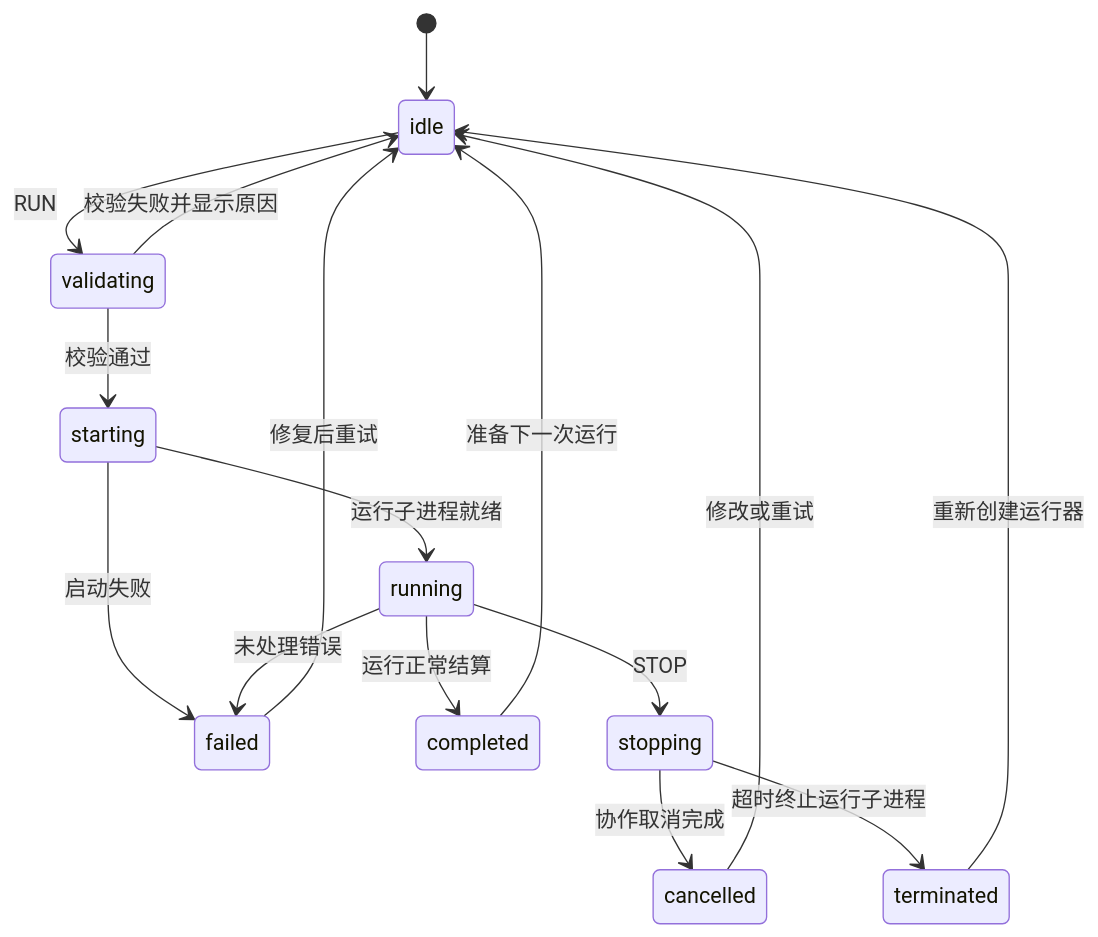
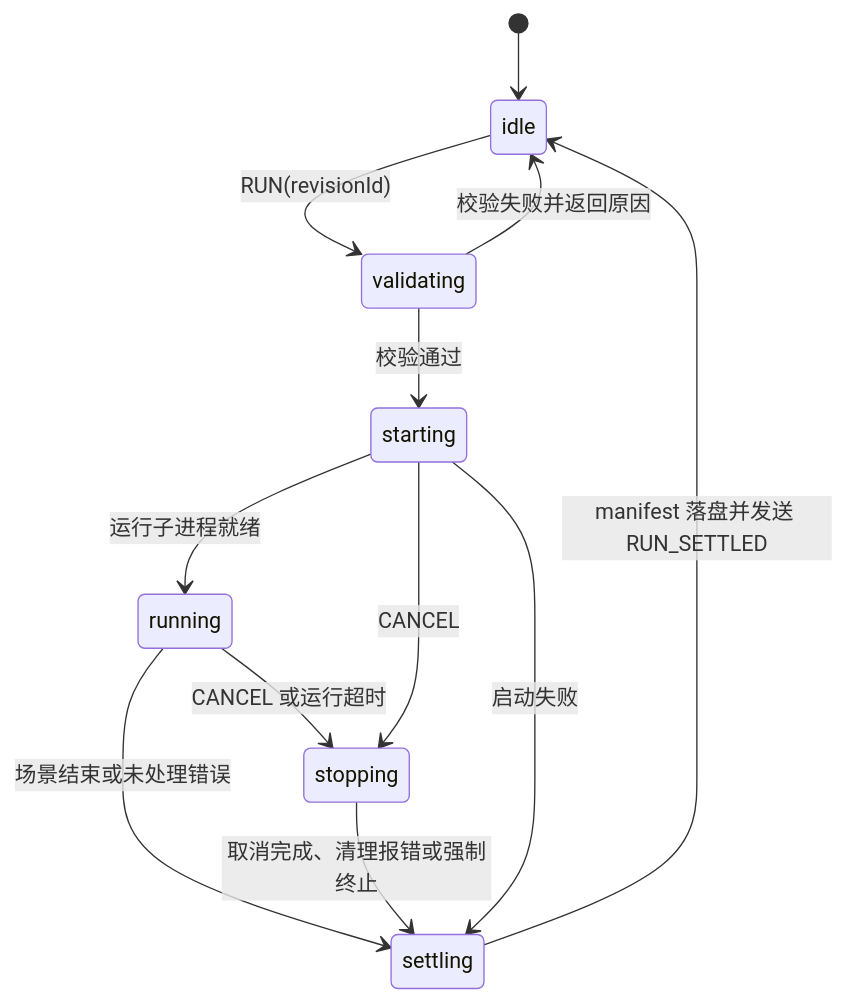
One commit to Maidang1/dsh changed the second of 2 diagrams in docs/02-technical-architecture.md. Above: the diagram before and after it, drawn with Mermaid. The commit also changed other lines of this file and 6 other files, not shown here.

````diff
--- a/docs/02-technical-architecture.md
+++ b/docs/02-technical-architecture.md
@@ -209,18 +288,14 @@
 ```mermaid
 stateDiagram-v2
     [*] --> idle
-    idle --> validating: RUN
+    idle --> validating: RUN(revisionId)
+    validating --> idle: 校验失败并返回原因
     validating --> starting: 校验通过
-    validating --> idle: 校验失败并显示原因
     starting --> running: 运行子进程就绪
-    starting --> failed: 启动失败
-    running --> completed: 运行正常结算
-    running --> stopping: STOP
-    running --> failed: 未处理错误
-    stopping --> cancelled: 协作取消完成
-    stopping --> terminated: 超时终止运行子进程
-    completed --> idle: 准备下一次运行
-    cancelled --> idle: 修改或重试
-    terminated --> idle: 重新创建运行器
-    failed --> idle: 修复后重试
+    starting --> stopping: CANCEL
+    starting --> settling: 启动失败
+    running --> settling: 场景结束或未处理错误
+    running --> stopping: CANCEL 或运行超时
+    stopping --> settling: 取消完成、清理报错或强制终止
+    settling --> idle: manifest 落盘并发送 RUN_SETTLED
 ```
````
